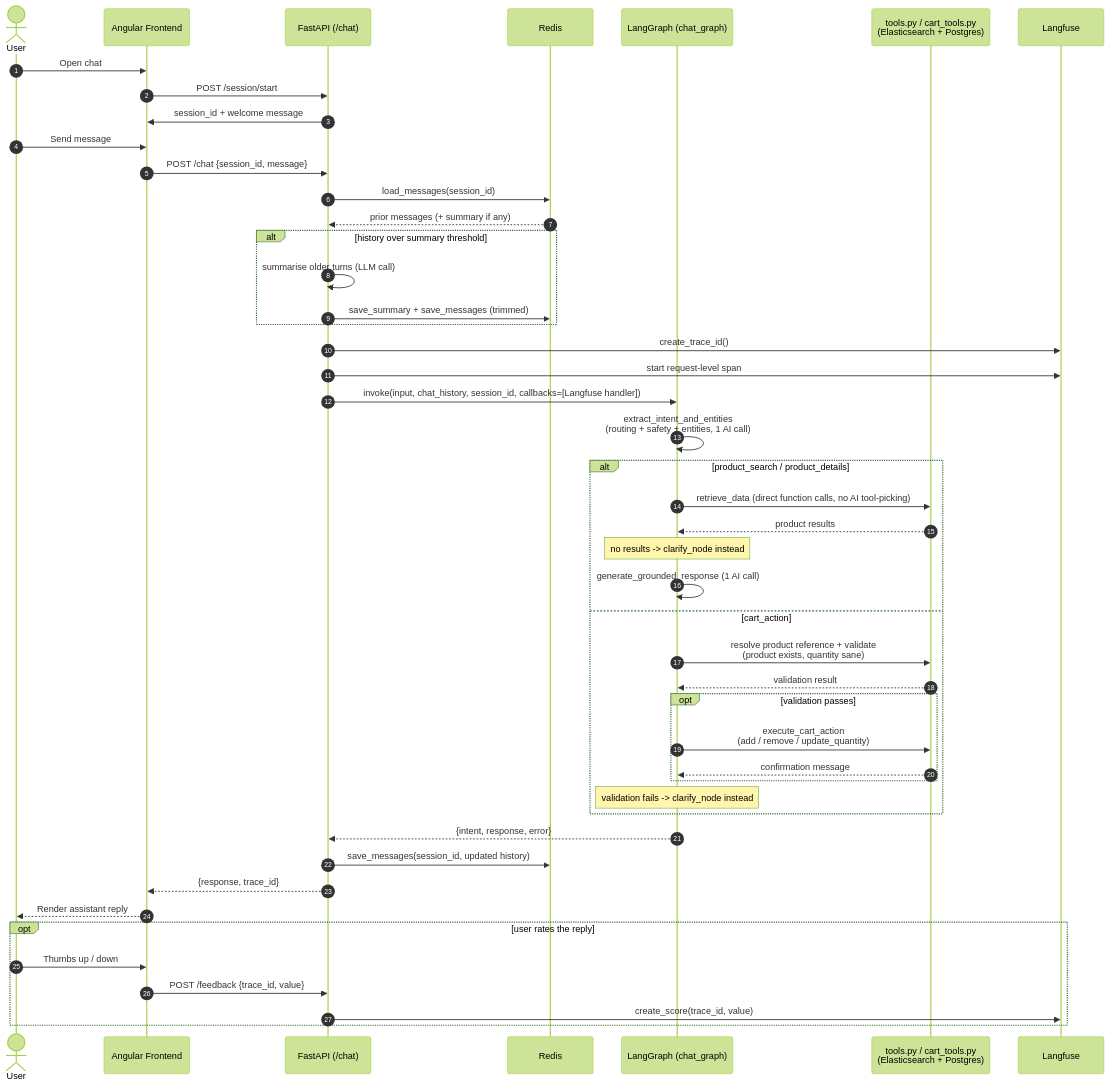
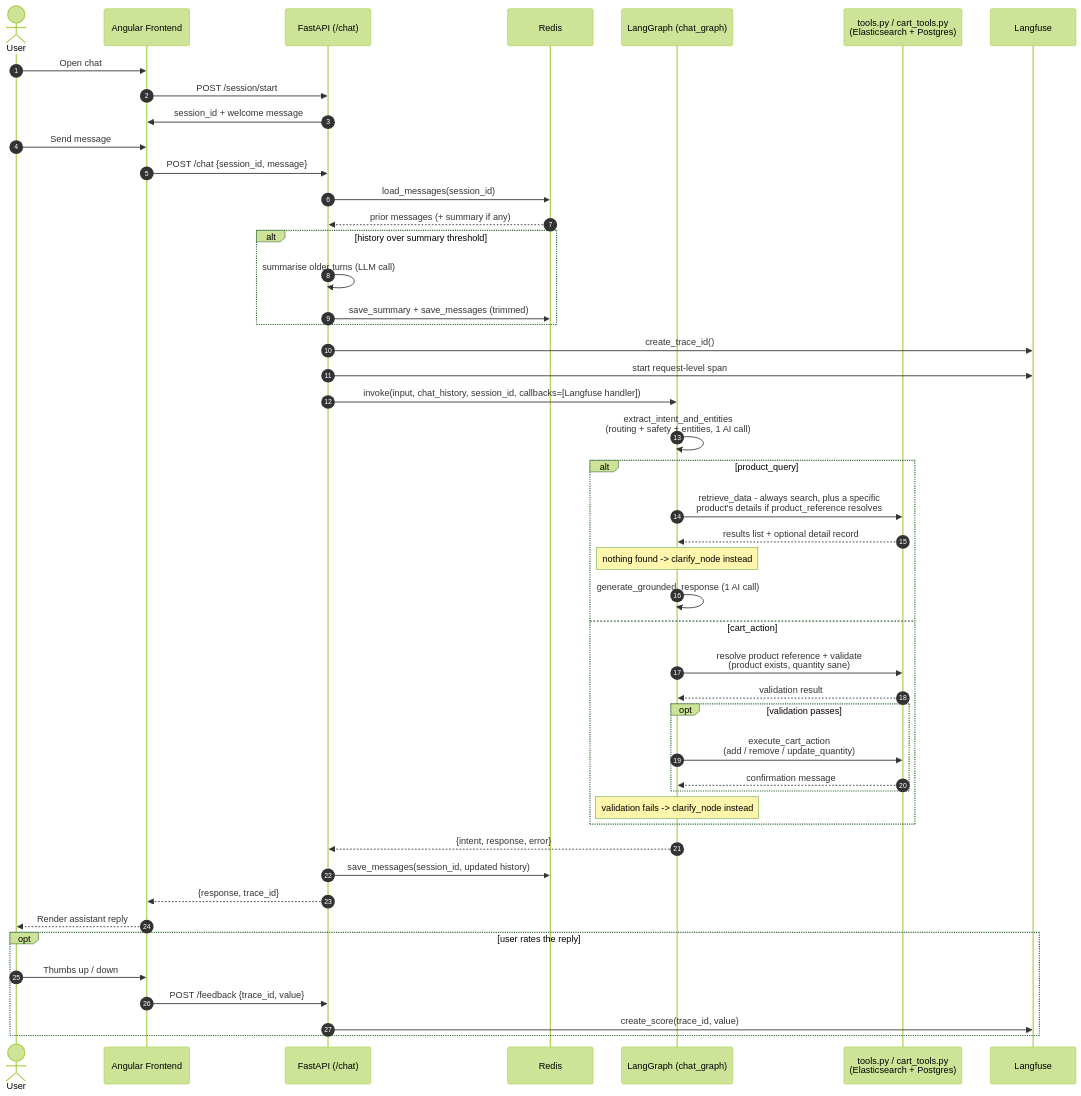
Before and after one commit to miggle711/gdg-mum-langchain-project: the third of 3 diagrams in README.md, drawn with Mermaid (forest theme). The commit also changed other lines of this file and 10 other files, not shown here.

First line of the commit message:
feat(graph): merge product_search/product_details, add hard-filter search support for #57

````diff
--- a/README.md
+++ b/README.md
@@ -98,54 +101,54 @@
 ```mermaid
 sequenceDiagram
     autonumber
     actor U as User
     participant FE as Angular Frontend
     participant BE as FastAPI (/chat)
     participant R as Redis
     participant Graph as LangGraph (chat_graph)
     participant Data as tools.py / cart_tools.py<br/>(Elasticsearch + Postgres)
     participant LF as Langfuse
 
     U->>FE: Open chat
     FE->>BE: POST /session/start
     BE->>FE: session_id + welcome message
 
     U->>FE: Send message
     FE->>BE: POST /chat {session_id, message}
     BE->>R: load_messages(session_id)
     R-->>BE: prior messages (+ summary if any)
     alt history over summary threshold
         BE->>BE: summarise older turns (LLM call)
         BE->>R: save_summary + save_messages (trimmed)
     end
 
     BE->>LF: create_trace_id()
     BE->>LF: start request-level span
     BE->>Graph: invoke(input, chat_history, session_id, callbacks=[Langfuse handler])
     Graph->>Graph: extract_intent_and_entities<br/>(routing + safety + entities, 1 AI call)
-    alt product_search / product_details
-        Graph->>Data: retrieve_data (direct function calls, no AI tool-picking)
-        Data-->>Graph: product results
-        Note over Graph: no results -> clarify_node instead
+    alt product_query
+        Graph->>Data: retrieve_data - always search, plus a specific<br/>product's details if product_reference resolves
+        Data-->>Graph: results list + optional detail record
+        Note over Graph: nothing found -> clarify_node instead
         Graph->>Graph: generate_grounded_response (1 AI call)
     else cart_action
         Graph->>Data: resolve product reference + validate<br/>(product exists, quantity sane)
         Data-->>Graph: validation result
         opt validation passes
             Graph->>Data: execute_cart_action<br/>(add / remove / update_quantity)
             Data-->>Graph: confirmation message
         end
         Note over Graph: validation fails -> clarify_node instead
     end
     Graph-->>BE: {intent, response, error}
 
     BE->>R: save_messages(session_id, updated history)
     BE-->>FE: {response, trace_id}
     FE-->>U: Render assistant reply
 
     opt user rates the reply
         U->>FE: Thumbs up / down
         FE->>BE: POST /feedback {trace_id, value}
         BE->>LF: create_score(trace_id, value)
     end
 ```
````
